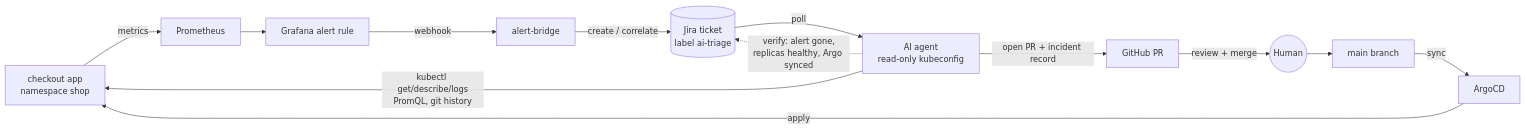
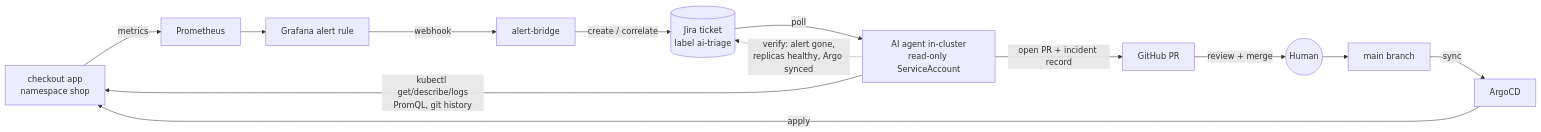
One commit to Kyle-Law/ai-sre-demo changed the diagram in README.md. Above: the diagram before and after it, drawn with Mermaid. The commit also changed other lines of this file and 32 other files, not shown here.

First line of the commit message:
Agent runs only in the cluster: remove the kubeconfig path

````diff
--- a/README.md
+++ b/README.md
@@ -12,15 +12,15 @@
 ```mermaid
 flowchart LR
     A[checkout app<br/>namespace shop] -->|metrics| P[Prometheus]
     P --> G[Grafana alert rule]
     G -->|webhook| B[alert-bridge]
     B -->|create / correlate| J[(Jira ticket<br/>label ai-triage)]
-    J -->|poll| AG[AI agent<br/>read-only kubeconfig]
+    J -->|poll| AG[AI agent in-cluster<br/>read-only ServiceAccount]
     AG -->|kubectl get/describe/logs<br/>PromQL, git history| A
     AG -->|open PR + incident record| GH[GitHub PR]
     GH -->|review + merge| H((Human))
     H --> R[main branch]
     R -->|sync| AR[ArgoCD]
     AR -->|apply| A
     AG -.->|verify: alert gone,<br/>replicas healthy, Argo synced| J
 ```
````
